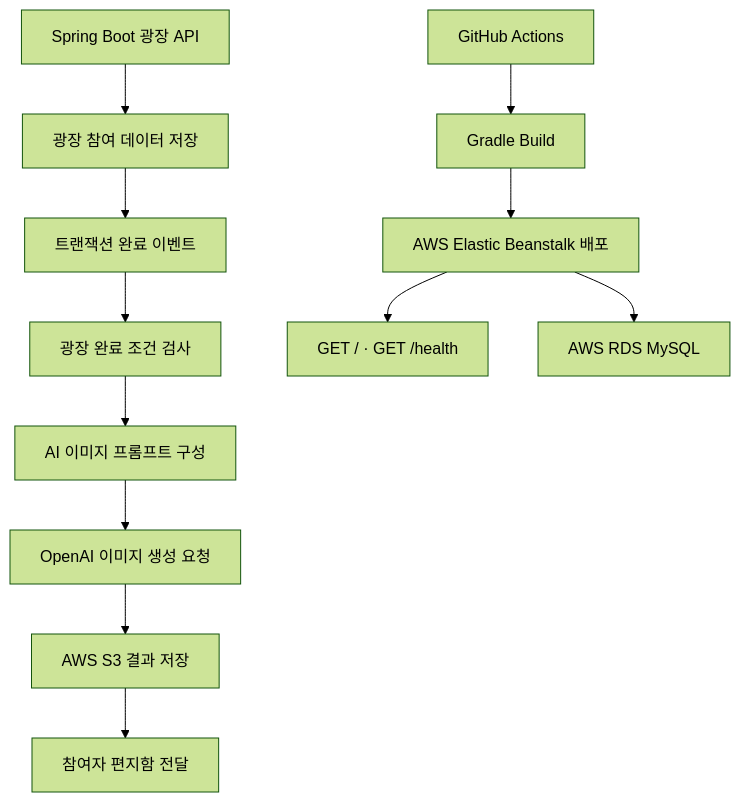
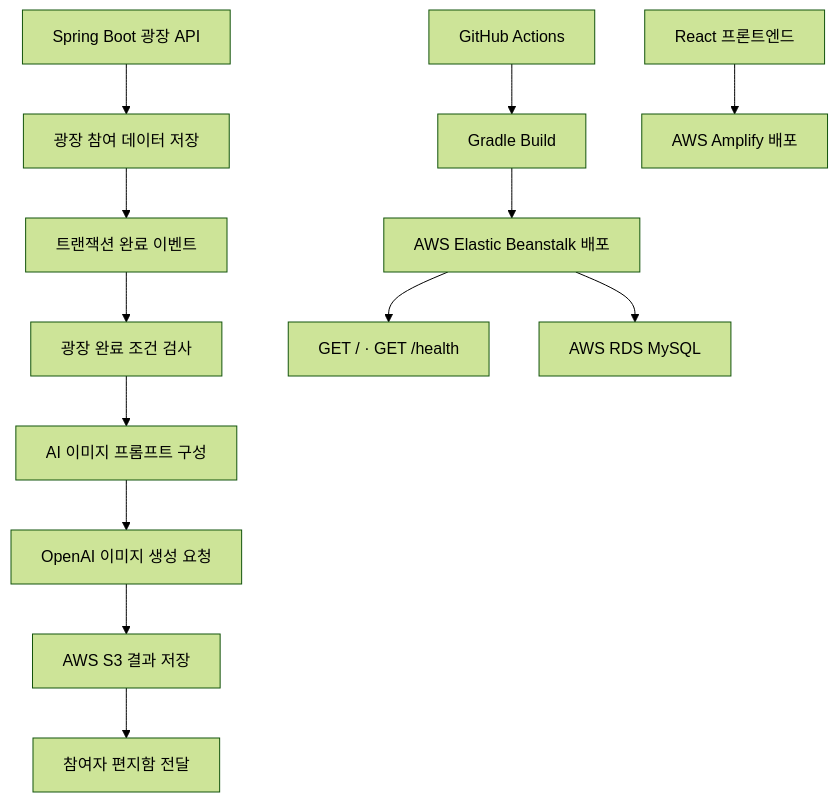
One commit to junyeong2107/weather-of-the-heart-portfolio changed the third of 5 diagrams in README.md. Above: the diagram before and after it, drawn with Mermaid (forest theme). The commit also changed other lines of this file and 3 other files, not shown here.

````diff
--- a/README.md
+++ b/README.md
@@ -152,15 +154,17 @@
 ```mermaid
 flowchart TB
     API["Spring Boot 광장 API"] --> Entry["광장 참여 데이터 저장"]
     Entry --> Event["트랜잭션 완료 이벤트"]
     Event --> Check["광장 완료 조건 검사"]
     Check --> Prompt["AI 이미지 프롬프트 구성"]
     Prompt --> Generate["OpenAI 이미지 생성 요청"]
     Generate --> S3["AWS S3 결과 저장"]
     S3 --> Letter["참여자 편지함 전달"]
 
     Actions["GitHub Actions"] --> Build["Gradle Build"]
     Build --> EB["AWS Elastic Beanstalk 배포"]
     EB --> Health["GET / · GET /health"]
     EB --> RDS["AWS RDS MySQL"]
+
+    FrontBuild["React 프론트엔드"] --> Amplify["AWS Amplify 배포"]
 ```
````
